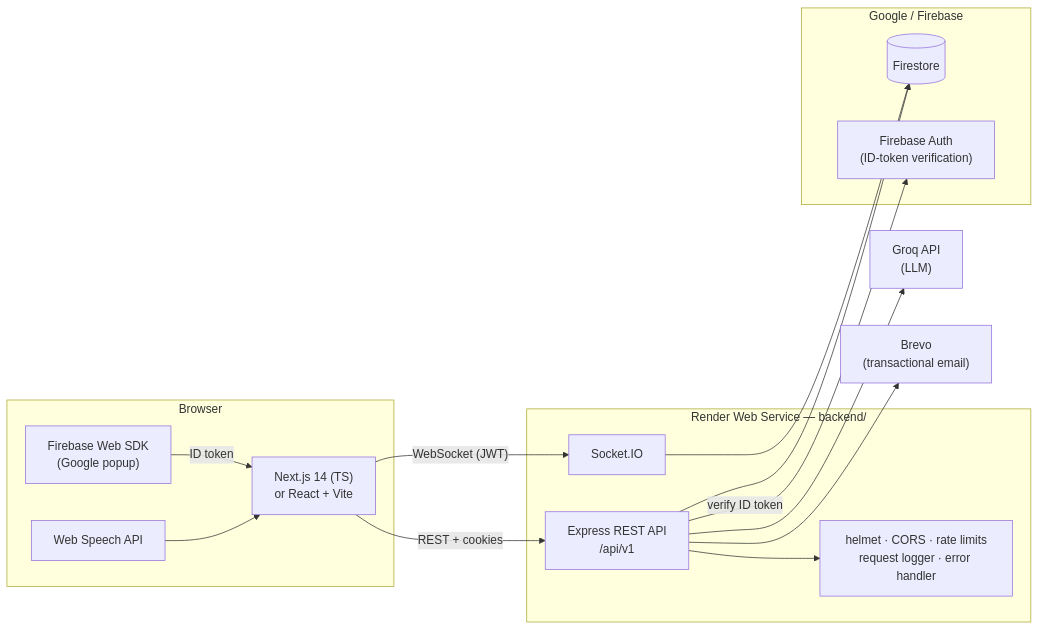
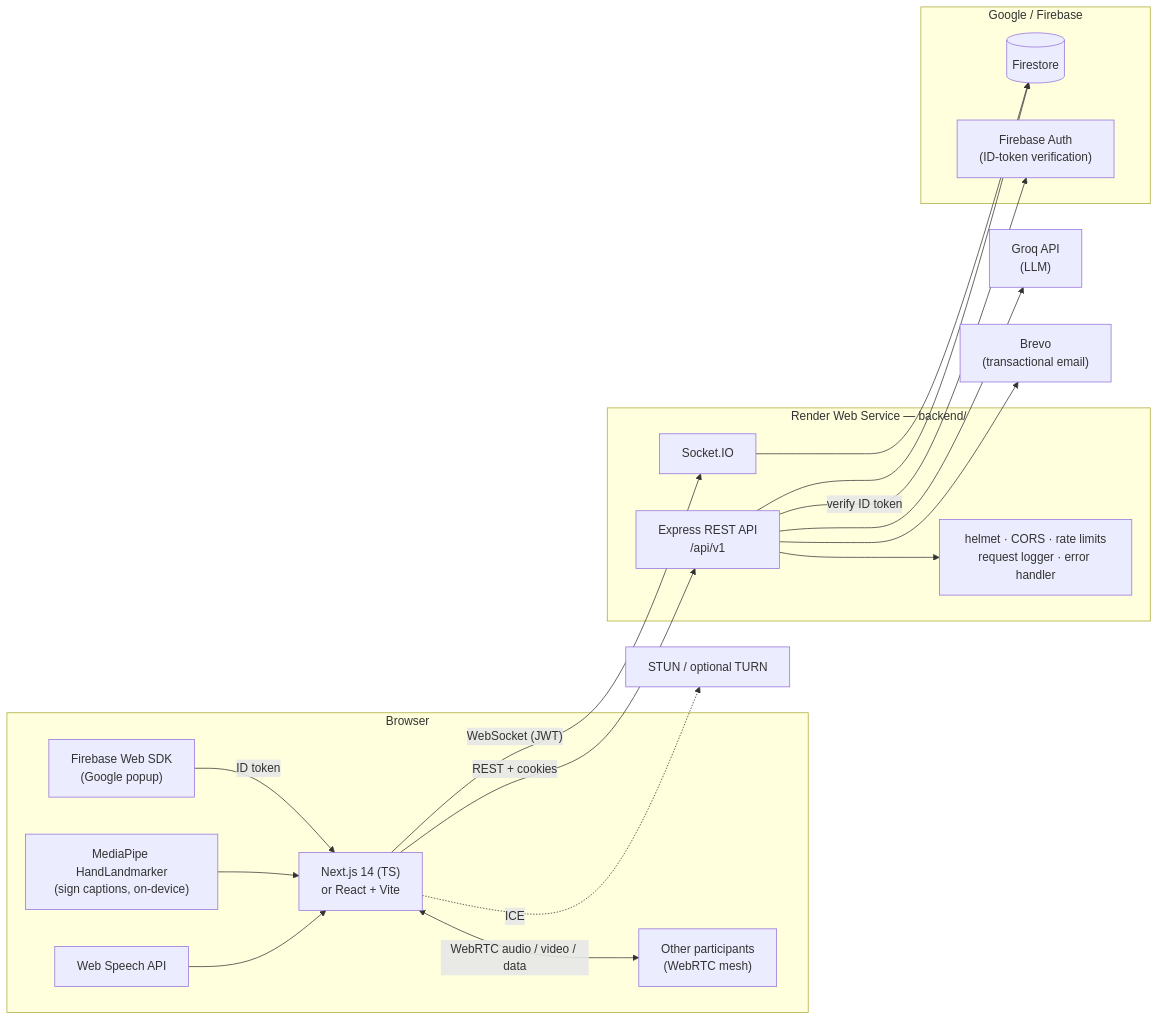
The first of 2 diagrams in README.md (linguawave80-alt/linguawave), drawn with Mermaid before and after one commit. The commit also changed other lines of this file and 23 other files, not shown here.

````diff
--- a/README.md
+++ b/README.md
@@ -72,33 +75,39 @@
 ```mermaid
 flowchart LR
     subgraph Browser
       FE["Next.js 14 (TS)\nor React + Vite"]
       SR["Web Speech API"]
       FB["Firebase Web SDK\n(Google popup)"]
+      MP["MediaPipe HandLandmarker\n(sign captions, on-device)"]
+      PEER["Other participants\n(WebRTC mesh)"]
     end
 
     subgraph "Render Web Service — backend/"
       API["Express REST API\n/api/v1"]
       IO["Socket.IO"]
       MW["helmet · CORS · rate limits\nrequest logger · error handler"]
     end
 
     subgraph Google / Firebase
       FS[("Firestore")]
       FA["Firebase Auth\n(ID-token verification)"]
     end
 
     GROQ["Groq API\n(LLM)"]
     BREVO["Brevo\n(transactional email)"]
+    ICE["STUN / optional TURN"]
 
     FE -- "REST + cookies" --> API
     FE -- "WebSocket (JWT)" --> IO
     SR --> FE
+    MP --> FE
     FB -- "ID token" --> FE
+    FE <-- "WebRTC audio / video / data" --> PEER
+    FE -. "ICE" .-> ICE
     API --> MW
     API --> FS
     IO --> FS
     API -- "verify ID token" --> FA
     API --> GROQ
     API --> BREVO
 ```
````
